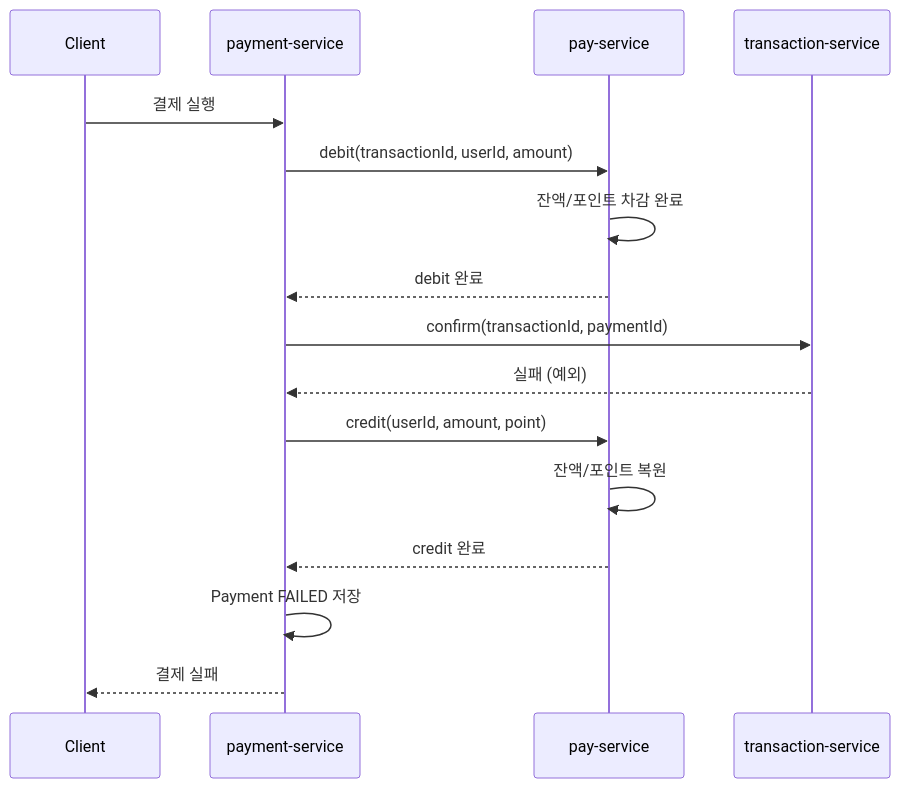
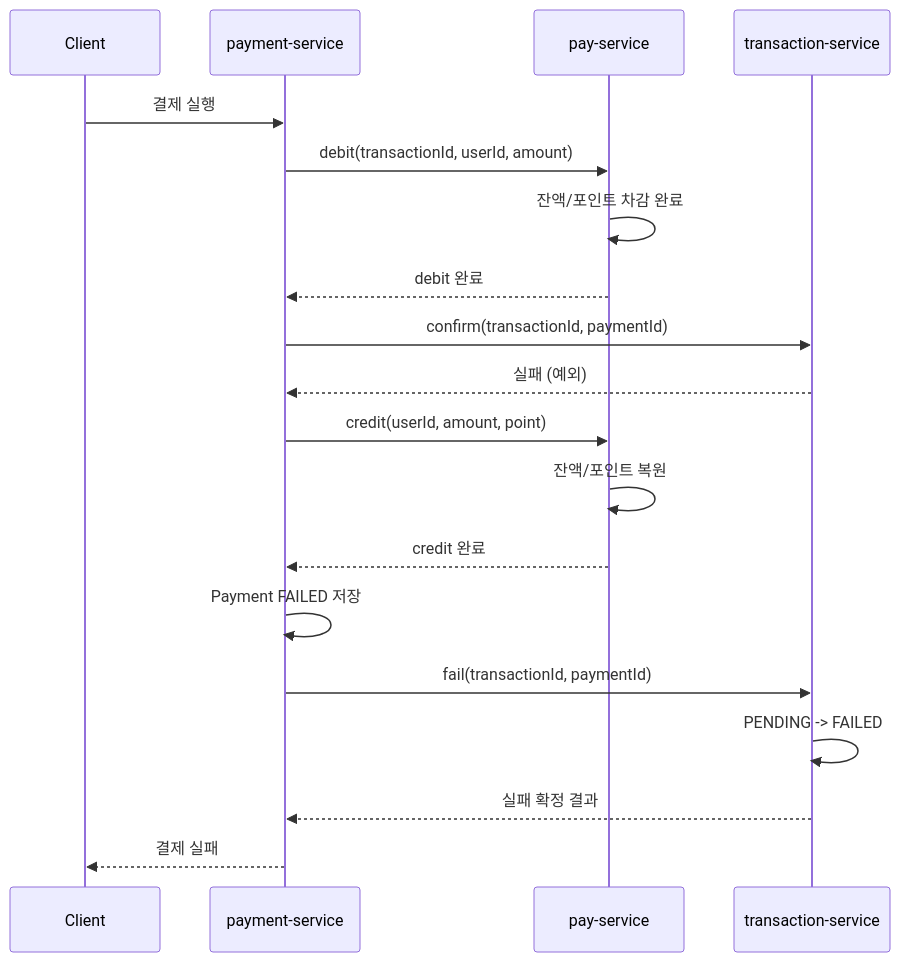
Before and after one commit to seunzu/plantify-msa-payment-refactor: the third of 4 diagrams in docs/refactor-target-sequence.md, drawn with Mermaid. The commit also changed other lines of this file and 32 other files, not shown here.

````diff
--- a/docs/refactor-target-sequence.md
+++ b/docs/refactor-target-sequence.md
@@ -36,19 +55,22 @@
 ```mermaid
 sequenceDiagram
     participant Client
     participant Payment as payment-service
     participant Pay as pay-service
     participant Tx as transaction-service
 
     Client->>Payment: 결제 실행
     Payment->>Pay: debit(transactionId, userId, amount)
     Pay->>Pay: 잔액/포인트 차감 완료
     Pay-->>Payment: debit 완료
     Payment->>Tx: confirm(transactionId, paymentId)
     Tx-->>Payment: 실패 (예외)
     Payment->>Pay: credit(userId, amount, point)
     Pay->>Pay: 잔액/포인트 복원
     Pay-->>Payment: credit 완료
     Payment->>Payment: Payment FAILED 저장
+    Payment->>Tx: fail(transactionId, paymentId)
+    Tx->>Tx: PENDING -> FAILED
+    Tx-->>Payment: 실패 확정 결과
     Payment-->>Client: 결제 실패
 ```
````
